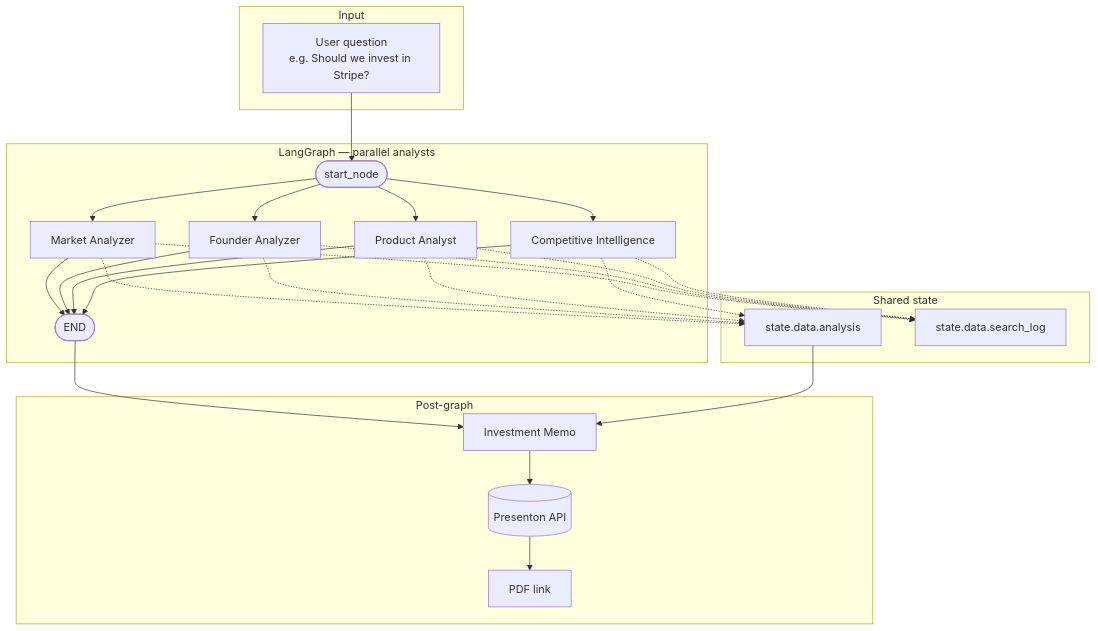
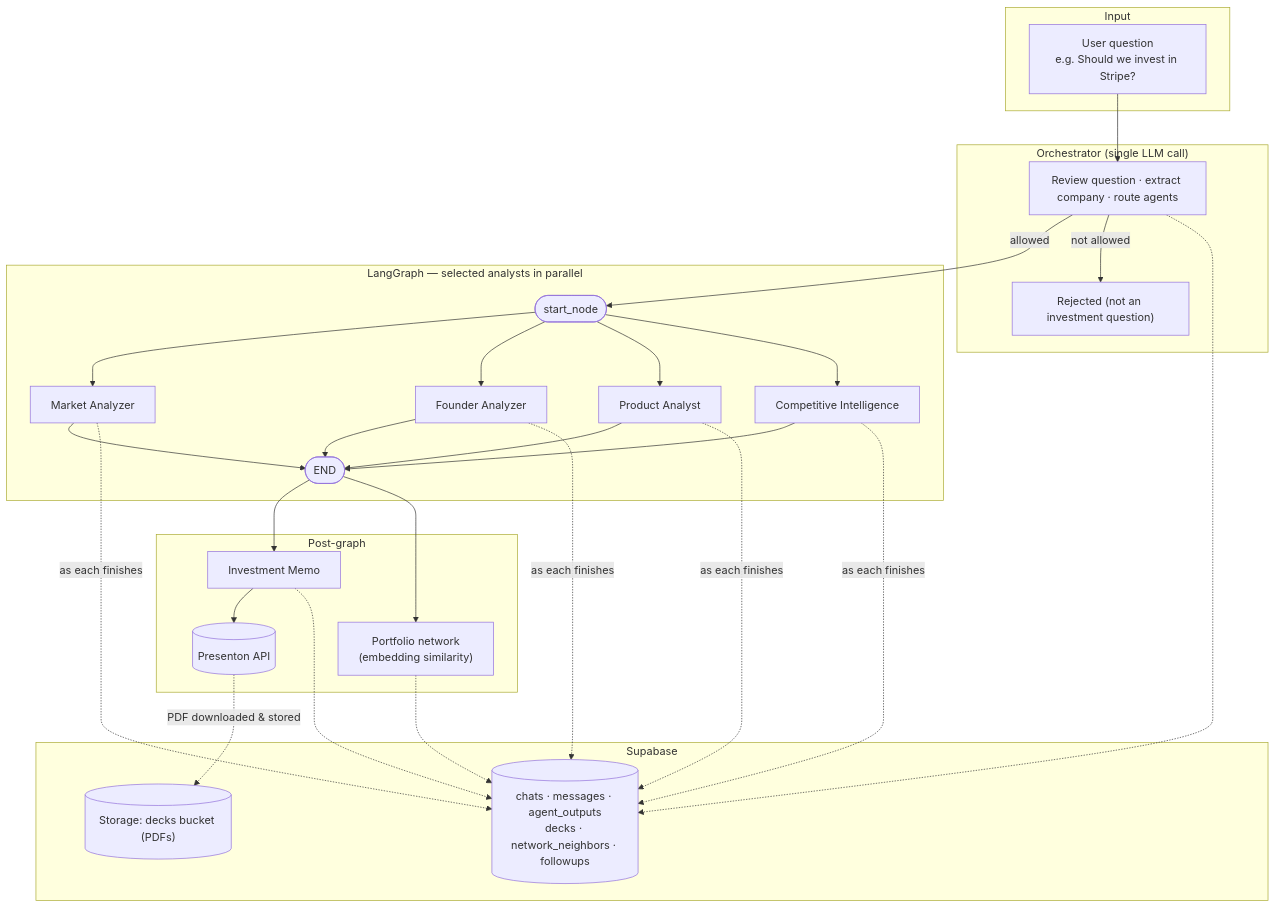
Before and after one commit to NevinTroy/ai-investment-team: the diagram in README.md, drawn with Mermaid. The commit also changed other lines of this file and 2 other files, not shown here.

````diff
--- a/README.md
+++ b/README.md
@@ -15,50 +26,46 @@
 ```mermaid
 flowchart TB
     subgraph input["Input"]
         Q["User question<br/>e.g. Should we invest in Stripe?"]
     end
 
-    subgraph langgraph["LangGraph — parallel analysts"]
+    subgraph orch["Orchestrator (single LLM call)"]
+        O["Review question · extract company · route agents"]
+        REJ["Rejected (not an investment question)"]
+    end
+
+    subgraph langgraph["LangGraph — selected analysts in parallel"]
         START([start_node])
         MA[Market Analyzer]
         FA[Founder Analyzer]
         PA[Product Analyst]
         CI[Competitive Intelligence]
         END_NODE([END])
     end
 
-    subgraph state["Shared state"]
-        ANALYSIS["state.data.analysis"]
-        SEARCH["state.data.search_log"]
-    end
-
     subgraph postgraph["Post-graph"]
         IM[Investment Memo]
         PRESENTON[(Presenton API)]
-        PDF["PDF link"]
+        NET["Portfolio network<br/>(embedding similarity)"]
     end
 
-    Q --> START
-    START --> MA
-    START --> FA
-    START --> PA
-    START --> CI
-    MA --> END_NODE
-    FA --> END_NODE
-    PA --> END_NODE
-    CI --> END_NODE
+    subgraph persist["Supabase"]
+        DB[("chats · messages · agent_outputs<br/>decks · network_neighbors · followups")]
+        STORE[("Storage: decks bucket (PDFs)")]
+    end
 
-    MA -.-> ANALYSIS
-    FA -.-> ANALYSIS
-    PA -.-> ANALYSIS
-    CI -.-> ANALYSIS
-    MA -.-> SEARCH
-    FA -.-> SEARCH
-    PA -.-> SEARCH
-    CI -.-> SEARCH
+    Q --> O
+    O -->|allowed| START
+    O -->|not allowed| REJ
+    START --> MA & FA & PA & CI
+    MA & FA & PA & CI --> END_NODE
+    END_NODE --> IM
+    IM --> PRESENTON
+    END_NODE --> NET
 
-    END_NODE --> IM
-    ANALYSIS --> IM
-    IM --> PRESENTON
-    PRESENTON --> PDF
+    O -.-> DB
+    MA & FA & PA & CI -.->|as each finishes| DB
+    IM -.-> DB
+    NET -.-> DB
+    PRESENTON -.->|PDF downloaded & stored| STORE
 ```
````
